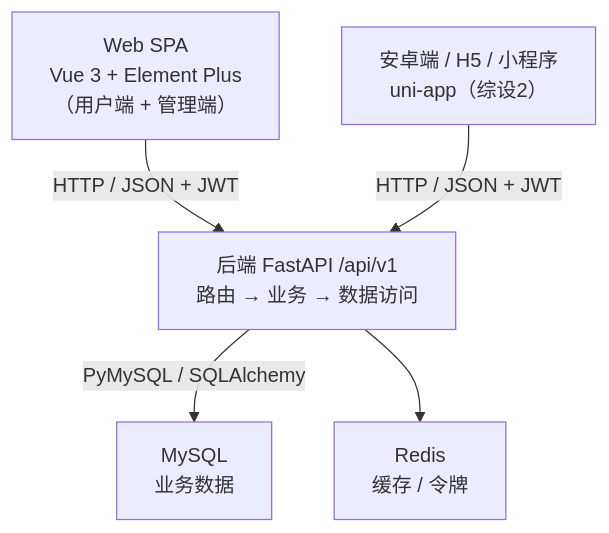
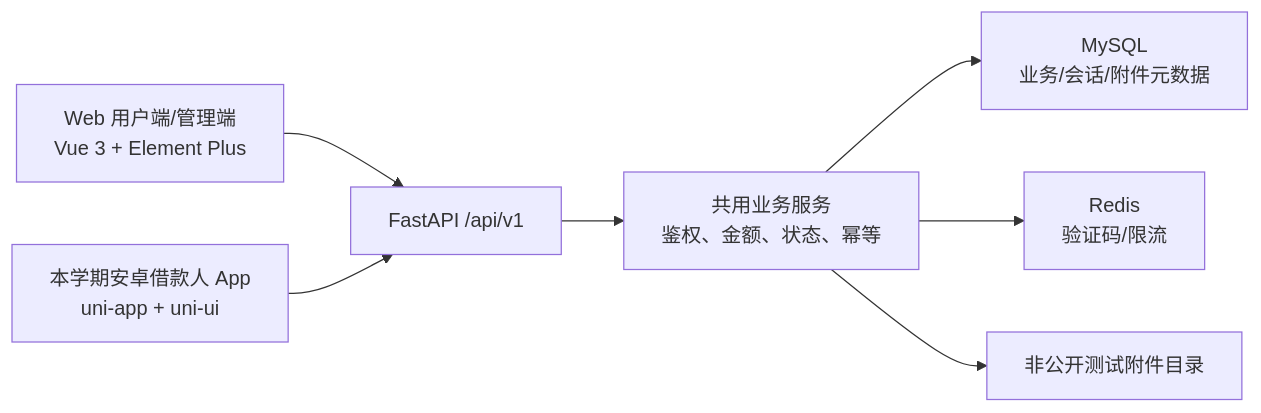
The first of 2 diagrams in docs/06-扩展与演进规划.md (suwa-ko/FinLend), drawn with Mermaid before and after one commit. The commit also changed other lines of this file and 7 other files, not shown here.

````diff
--- a/docs/06-扩展与演进规划.md
+++ b/docs/06-扩展与演进规划.md
@@ -40,12 +23,9 @@
 ```mermaid
-flowchart TB
-    A["Web SPA<br/>Vue 3 + Element Plus<br/>（用户端 + 管理端）"]
-    B["安卓端 / H5 / 小程序<br/>uni-app（综设2）"]
-    C["后端 FastAPI /api/v1<br/>路由 → 业务 → 数据访问"]
-    D["MySQL<br/>业务数据"]
-    E["Redis<br/>缓存 / 令牌"]
-    A -- "HTTP / JSON + JWT" --> C
-    B -- "HTTP / JSON + JWT" --> C
-    C -- "PyMySQL / SQLAlchemy" --> D
-    C --> E
+flowchart LR
+    WEB["Web 用户端/管理端<br/>Vue 3 + Element Plus"] --> API["FastAPI /api/v1"]
+    APP["本学期安卓借款人 App<br/>uni-app + uni-ui"] --> API
+    API --> SERVICE["共用业务服务<br/>鉴权、金额、状态、幂等"]
+    SERVICE --> DB["MySQL<br/>业务/会话/附件元数据"]
+    SERVICE --> CACHE["Redis<br/>验证码/限流"]
+    SERVICE --> FILE["非公开测试附件目录"]
 ```
````
